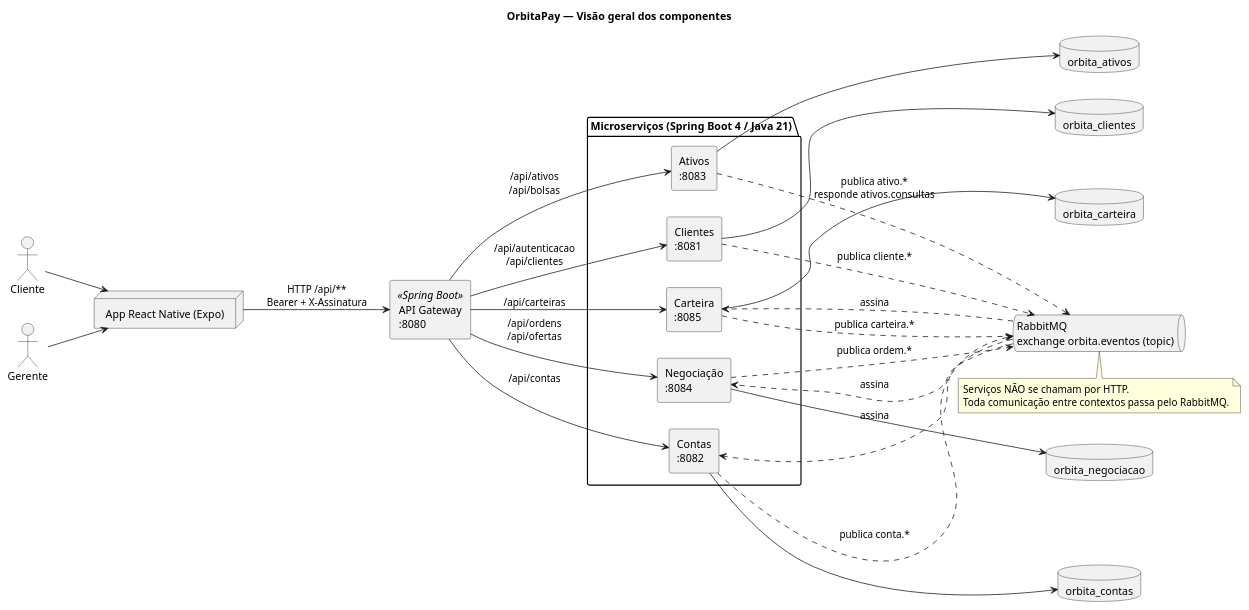
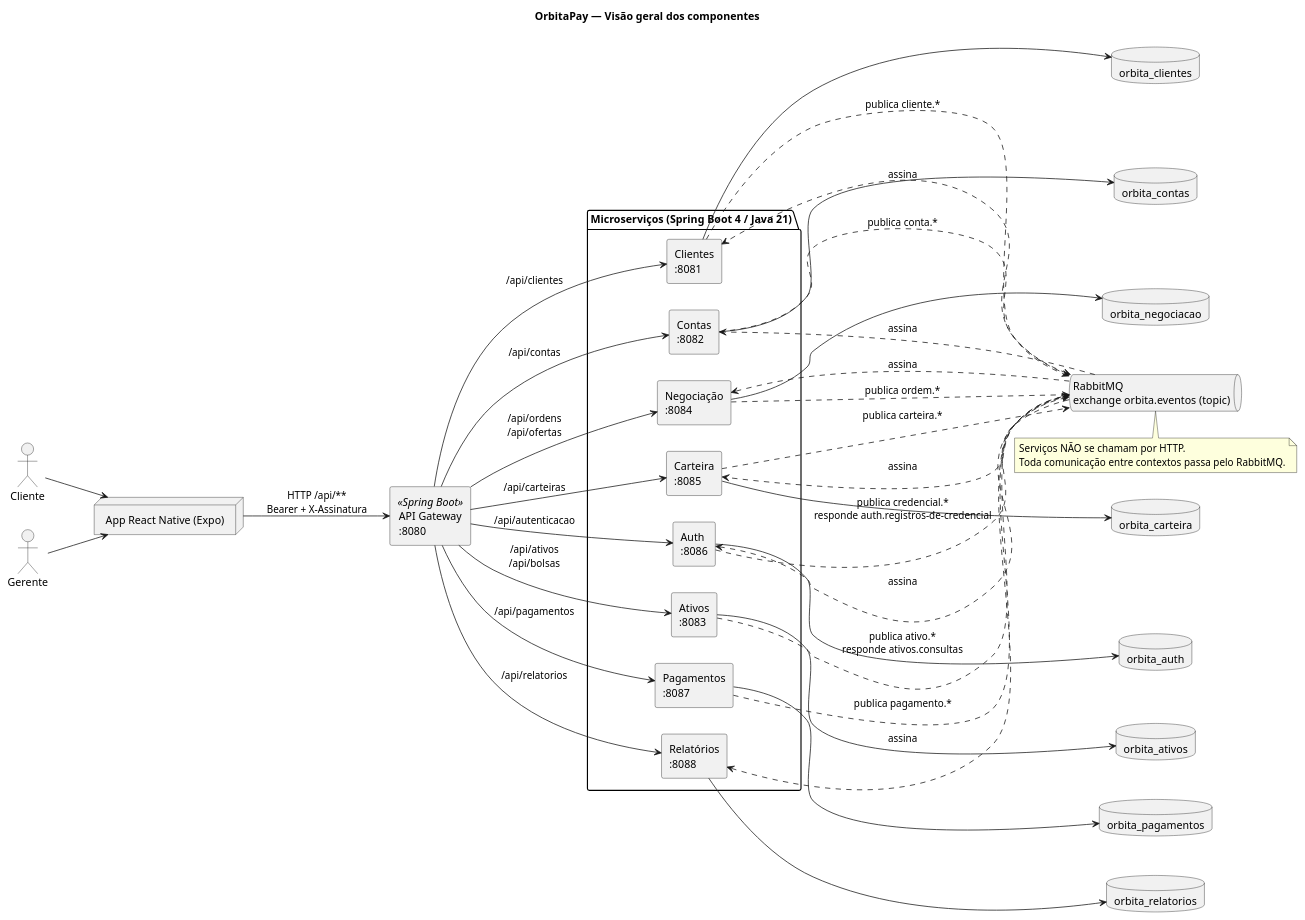
Before and after one commit to Endrigogustavo/OrbitaPay: the diagram in docs/plantuml/01-visao-geral.puml, drawn with PlantUML. The commit also changed 757 other files, not shown here.

```diff
--- a/docs/plantuml/01-visao-geral.puml
+++ b/docs/plantuml/01-visao-geral.puml
@@ -1,62 +1,79 @@
 @startuml 01-visao-geral
 title OrbitaPay — Visão geral dos componentes
 
 skinparam componentStyle rectangle
 skinparam shadowing false
 skinparam defaultFontName "Segoe UI"
 left to right direction
 
 actor "Cliente" as cliente
 actor "Gerente" as gerente
 
 node "App React Native (Expo)" as app
 
 component "API Gateway\n:8080" as gw <<Spring Boot>>
 
 package "Microserviços (Spring Boot 4 / Java 21)" {
+  component "Auth\n:8086" as aut
   component "Clientes\n:8081" as cli
   component "Contas\n:8082" as con
   component "Ativos\n:8083" as atv
   component "Negociação\n:8084" as neg
   component "Carteira\n:8085" as car
+  component "Pagamentos\n:8087" as pag
+  component "Relatórios\n:8088" as rel
 }
 
+database "orbita_auth" as dbaut
 database "orbita_clientes" as dbcli
 database "orbita_contas" as dbcon
 database "orbita_ativos" as dbatv
 database "orbita_negociacao" as dbneg
 database "orbita_carteira" as dbcar
+database "orbita_pagamentos" as dbpag
+database "orbita_relatorios" as dbrel
 
 queue "RabbitMQ\nexchange orbita.eventos (topic)" as mq
 
 cliente --> app
 gerente --> app
 app --> gw : HTTP /api/**\nBearer + X-Assinatura
 
-gw --> cli : /api/autenticacao\n/api/clientes
+gw --> aut : /api/autenticacao
+gw --> cli : /api/clientes
 gw --> con : /api/contas
 gw --> atv : /api/ativos\n/api/bolsas
 gw --> neg : /api/ordens\n/api/ofertas
 gw --> car : /api/carteiras
+gw --> pag : /api/pagamentos
+gw --> rel : /api/relatorios
 
+aut --> dbaut
 cli --> dbcli
 con --> dbcon
 atv --> dbatv
 neg --> dbneg
 car --> dbcar
+pag --> dbpag
+rel --> dbrel
 
+aut ..> mq : publica credencial.*\nresponde auth.registros-de-credencial
 cli ..> mq : publica cliente.*
 atv ..> mq : publica ativo.*\nresponde ativos.consultas
 neg ..> mq : publica ordem.*
 con ..> mq : publica conta.*
 car ..> mq : publica carteira.*
+pag ..> mq : publica pagamento.*
 
+mq ..> aut : assina
+mq ..> cli : assina
 mq ..> con : assina
 mq ..> neg : assina
 mq ..> car : assina
+mq ..> rel : assina
 
 note bottom of mq
   Serviços NÃO se chamam por HTTP.
   Toda comunicação entre contextos passa pelo RabbitMQ.
 end note
 @enduml
```
